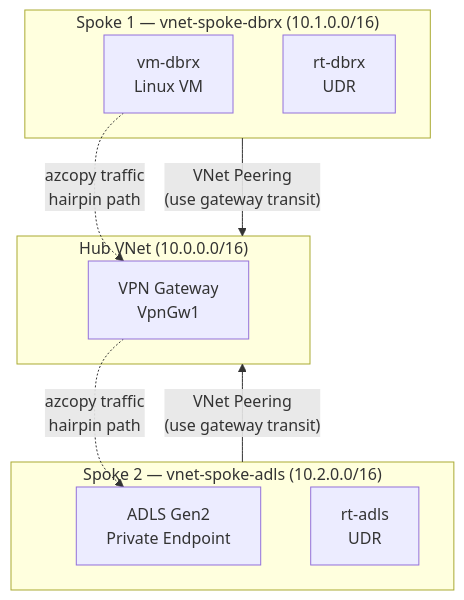
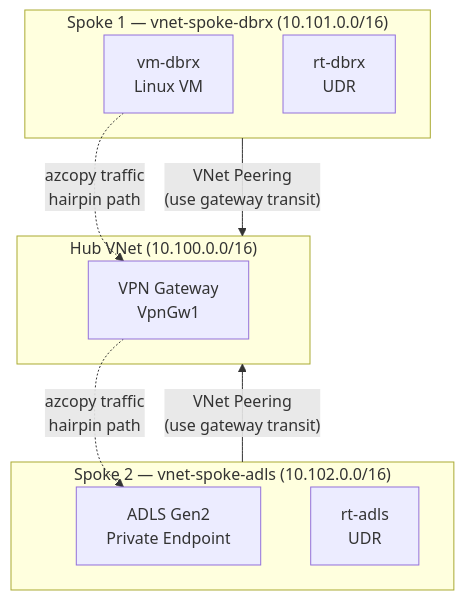
Before and after one commit to mhuot-msft/spoke-to-spoke-lab: the diagram in README.md, drawn with Mermaid. The commit also changed other lines of this file and 1 other file, not shown here.

Commit message:
Update IP scheme to 10.100-102.x.x range

````diff
--- a/README.md
+++ b/README.md
@@ -11,22 +11,22 @@
 ```mermaid
 graph TD
-    subgraph hub["Hub VNet (10.0.0.0/16)"]
+    subgraph hub["Hub VNet (10.100.0.0/16)"]
         vpngw["VPN Gateway\nVpnGw1"]
     end
 
-    subgraph spoke1["Spoke 1 — vnet-spoke-dbrx (10.1.0.0/16)"]
+    subgraph spoke1["Spoke 1 — vnet-spoke-dbrx (10.101.0.0/16)"]
         vm["vm-dbrx\nLinux VM"]
         rt1["rt-dbrx\nUDR"]
     end
 
-    subgraph spoke2["Spoke 2 — vnet-spoke-adls (10.2.0.0/16)"]
+    subgraph spoke2["Spoke 2 — vnet-spoke-adls (10.102.0.0/16)"]
         adls["ADLS Gen2\nPrivate Endpoint"]
         rt2["rt-adls\nUDR"]
     end
 
     spoke1 -- "VNet Peering\n(use gateway transit)" --> hub
     spoke2 -- "VNet Peering\n(use gateway transit)" --> hub
 
     vm -. "azcopy traffic\nhairpin path" .-> vpngw
     vpngw -. "azcopy traffic\nhairpin path" .-> adls
 ```
````
